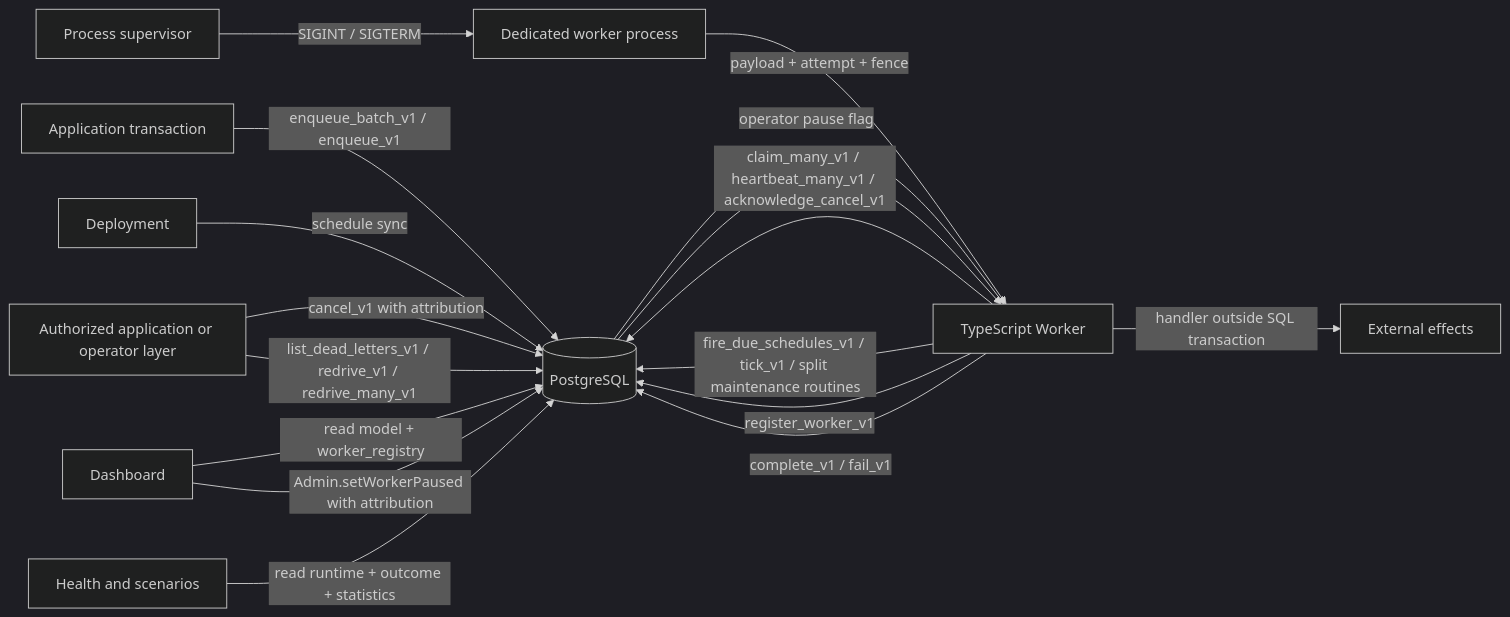
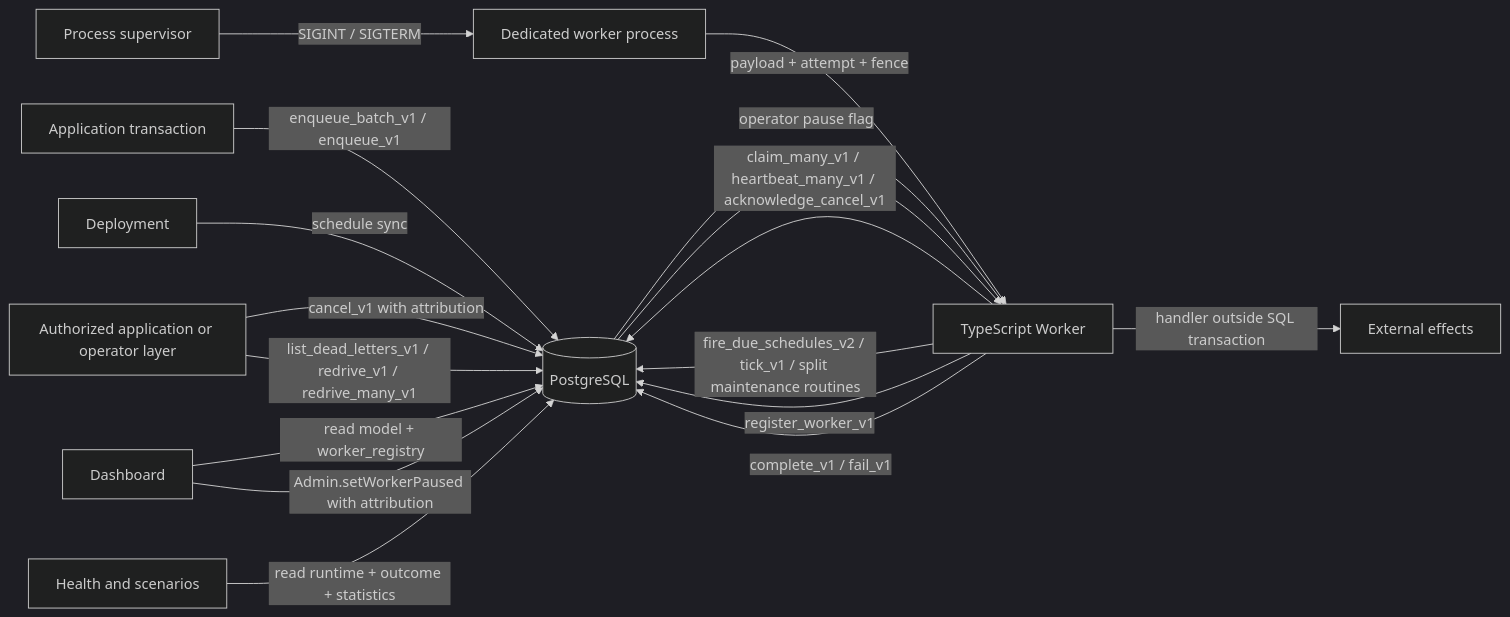
The first of 3 diagrams in docs/architecture.md (stablemates/workhorse), drawn with Mermaid (dark theme) before and after one commit. The commit also changed other lines of this file and 90 other files, not shown here.

````diff
--- a/docs/architecture.md
+++ b/docs/architecture.md
@@ -1010,19 +1013,19 @@
 ```mermaid
 flowchart LR
   App[Application transaction] -->|enqueue_batch_v1 / enqueue_v1| PG[(PostgreSQL)]
   Deploy[Deployment] -->|schedule sync| PG
   Supervisor[Process supervisor] -->|SIGINT / SIGTERM| WorkerProcess[Dedicated worker process]
   WorkerProcess --> Worker[TypeScript Worker]
   Worker[TypeScript Worker] -->|claim_many_v1 / heartbeat_many_v1 / acknowledge_cancel_v1| PG
   Operator[Authorized application or operator layer] -->|cancel_v1 with attribution| PG
   Operator -->|list_dead_letters_v1 / redrive_v1 / redrive_many_v1| PG
-  Worker -->|fire_due_schedules_v1 / tick_v1 / split maintenance routines| PG
+  Worker -->|fire_due_schedules_v2 / tick_v1 / split maintenance routines| PG
   Worker -->|register_worker_v1| PG
   PG -->|payload + attempt + fence| Worker
   PG -->|operator pause flag| Worker
   Worker -->|handler outside SQL transaction| Effects[External effects]
   Worker -->|complete_v1 / fail_v1| PG
   Dashboard -->|read model + worker_registry| PG
   Dashboard -->|Admin.setWorkerPaused with attribution| PG
   Health[Health and scenarios] -->|read runtime + outcome + statistics| PG
 ```
````
